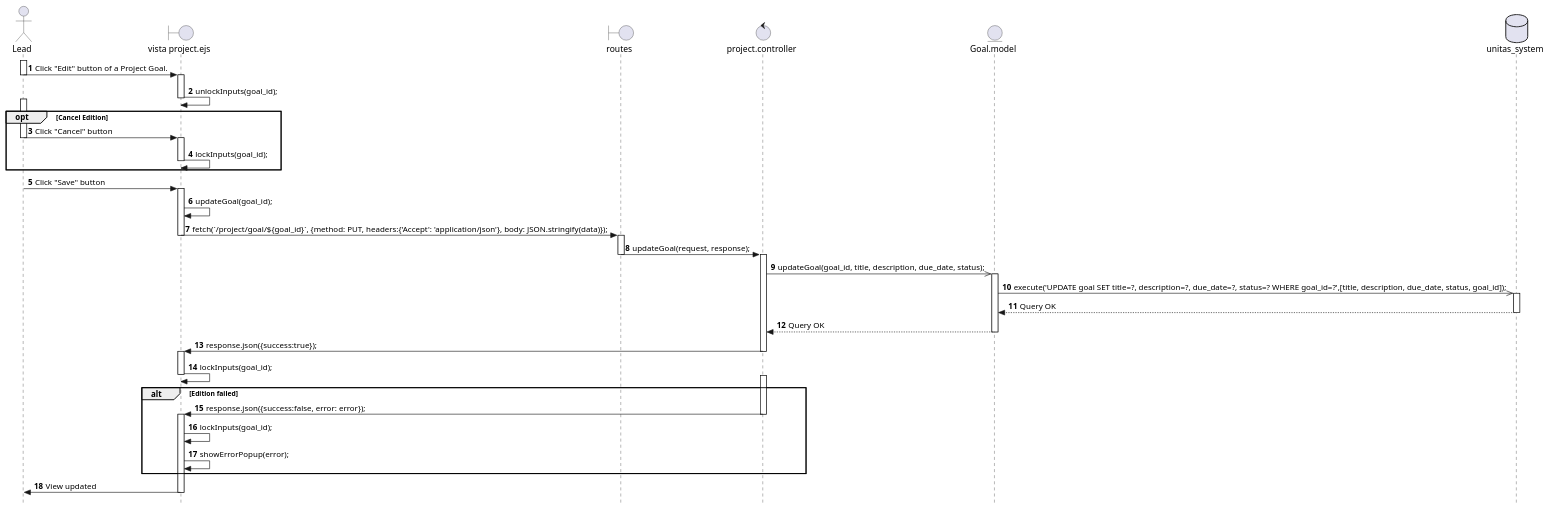
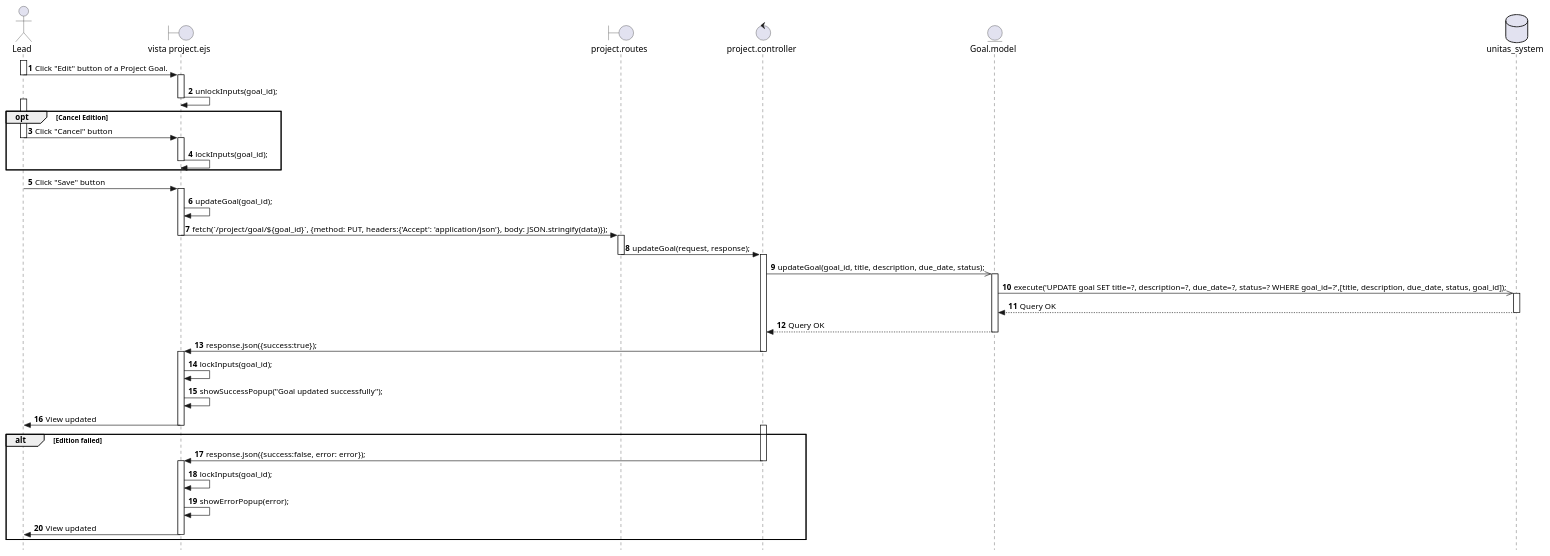
One commit to Berthou05/LimboSoftwareDevelopment_Change.org changed the diagram in documentation/sequence_diagrams/PROJ-10-SD.puml. Above: the diagram before and after it, drawn with PlantUML. The commit also changed 3 other files, not shown here.

Commit message:
[DOCS]: Corrections of PROJ-02, 10, 11, 13. Sequence Diagram. Validated by Camila.

```diff
--- a/documentation/sequence_diagrams/PROJ-10-SD.puml
+++ b/documentation/sequence_diagrams/PROJ-10-SD.puml
@@ -1,69 +1,72 @@
 @startuml
 skinparam style strictuml
 
 actor Lead as L   
 boundary "vista project.ejs" as V
-boundary "routes" as RO
+boundary "project.routes" as RO
 control "project.controller" as C
 entity "Goal.model" as G
 database "unitas_system" as BD
 autonumber
 
 activate L
 
 L -> V:Click "Edit" button of a Project Goal.
 deactivate L
     activate V
     V -> V: unlockInputs(goal_id);
     deactivate V
 
 
 opt Cancel Edition
 activate L
 L -> V: Click "Cancel" button
 deactivate L
     activate V
     V -> V: lockInputs(goal_id);
     deactivate V
 end
 
 activate L
 L -> V: Click "Save" button
 deactivate L
     activate V
     V -> V: updateGoal(goal_id);
     V -> RO: fetch(`/project/goal/${goal_id}`, {method: PUT, headers:{'Accept': 'application/json'}, body: JSON.stringify(data)});
     deactivate V
         activate RO
             RO -> C: updateGoal(request, response);
         deactivate RO
             activate C
             C ->> G: updateGoal(goal_id, title, description, due_date, status);
                 activate G
                 G->>BD: execute('UPDATE goal SET title=?, description=?, due_date=?, status=? WHERE goal_id=?',[title, description, due_date, status, goal_id]);
                     activate BD
                     BD-->G: Query OK
                     deactivate BD
                 G-->C: Query OK
                 deactivate G
             C->V: response.json({success:true});
             deactivate C
     activate V
     V->V: lockInputs(goal_id);
+    V->V: showSuccessPopup("Goal updated successfully");
+    V->L: View updated
     deactivate V
 
     alt Edition failed
             activate C
                 C->V: response.json({success:false, error: error});        
             deactivate C
     activate V
     V->V: lockInputs(goal_id);
     V->V: showErrorPopup(error);
+    V->L: View updated
+    deactivate V
     end
     
-    V->L: View updated
-    deactivate V
+
 
 
 
 @enduml
```
